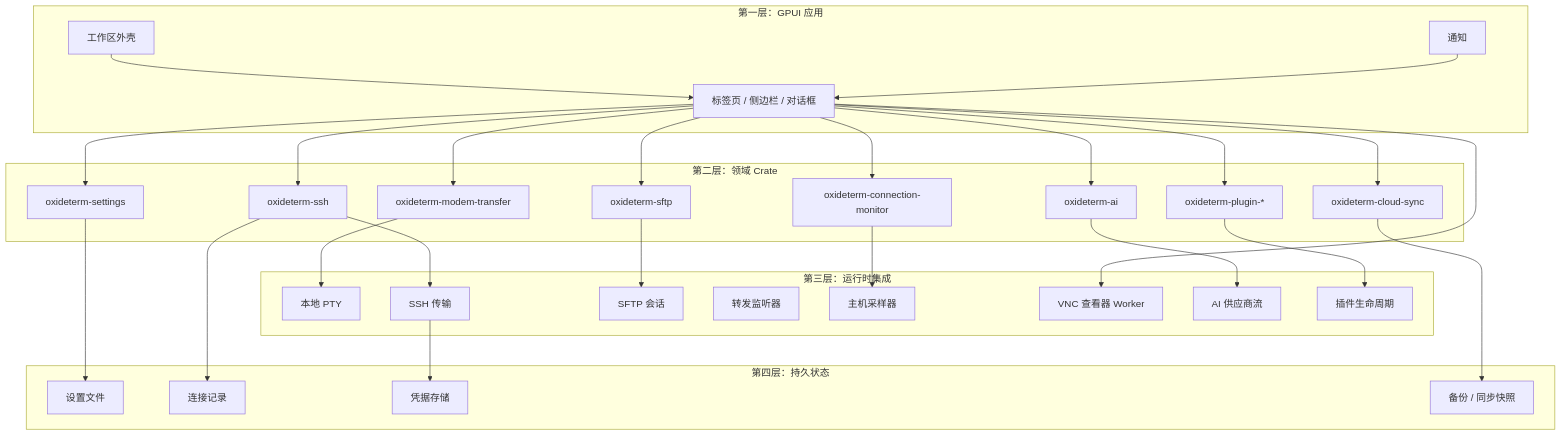
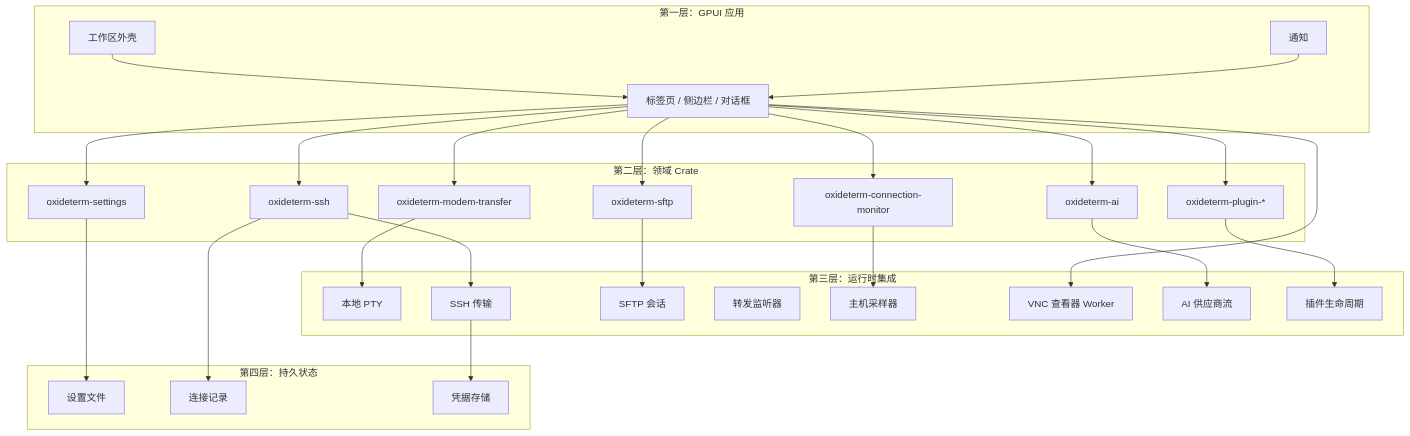
One commit to imeilige/oxideterm changed the fourth of 14 diagrams in docs/user-guide/zh-Hans/architecture.md. Above: the diagram before and after it, drawn with Mermaid. The commit also changed other lines of this file and 171 other files, not shown here.

Commit message:
v2.2.8: Remove cloud sync and relocate the oxide plugin settings store

````diff
--- a/docs/user-guide/zh-Hans/architecture.md
+++ b/docs/user-guide/zh-Hans/architecture.md
@@ -339,59 +329,55 @@
 ```mermaid
 flowchart TB
     subgraph UI["第一层：GPUI 应用"]
         Workspace["工作区外壳"]
         Surfaces["标签页 / 侧边栏 / 对话框"]
         Notifications["通知"]
     end
 
     subgraph Domain["第二层：领域 Crate"]
         Ssh["oxideterm-ssh"]
         Sftp["oxideterm-sftp"]
         MonitorDomain["oxideterm-connection-monitor"]
         ModemDomain["oxideterm-modem-transfer"]
         Ai["oxideterm-ai"]
         SettingsDomain["oxideterm-settings"]
         PluginsDomain["oxideterm-plugin-*"]
-        SyncDomain["oxideterm-cloud-sync"]
     end
 
     subgraph RuntimeIntegration["第三层：运行时集成"]
         PtyRuntime["本地 PTY"]
         SshRuntime["SSH 传输"]
         SftpRuntime["SFTP 会话"]
         ForwardRuntime["转发监听器"]
         HostSampler["主机采样器"]
         GraphicsRuntime["VNC 查看器 Worker"]
         ProviderRuntime["AI 供应商流"]
         PluginRuntime["插件生命周期"]
     end
 
     subgraph Durable["第四层：持久状态"]
         SettingsFiles["设置文件"]
         ConnectionFiles["连接记录"]
         Keychain["凭据存储"]
-        Backups["备份 / 同步快照"]
     end
 
     Workspace --> Surfaces
     Surfaces --> Ssh
     Surfaces --> Sftp
     Surfaces --> MonitorDomain
     Surfaces --> ModemDomain
     Surfaces --> GraphicsRuntime
     Surfaces --> Ai
     Surfaces --> SettingsDomain
     Surfaces --> PluginsDomain
-    Surfaces --> SyncDomain
     Ssh --> SshRuntime
     Sftp --> SftpRuntime
     MonitorDomain --> HostSampler
     ModemDomain --> PtyRuntime
     Ai --> ProviderRuntime
     PluginsDomain --> PluginRuntime
     SshRuntime --> Keychain
     SettingsDomain --> SettingsFiles
     Ssh --> ConnectionFiles
-    SyncDomain --> Backups
     Notifications --> Surfaces
 ```
````
